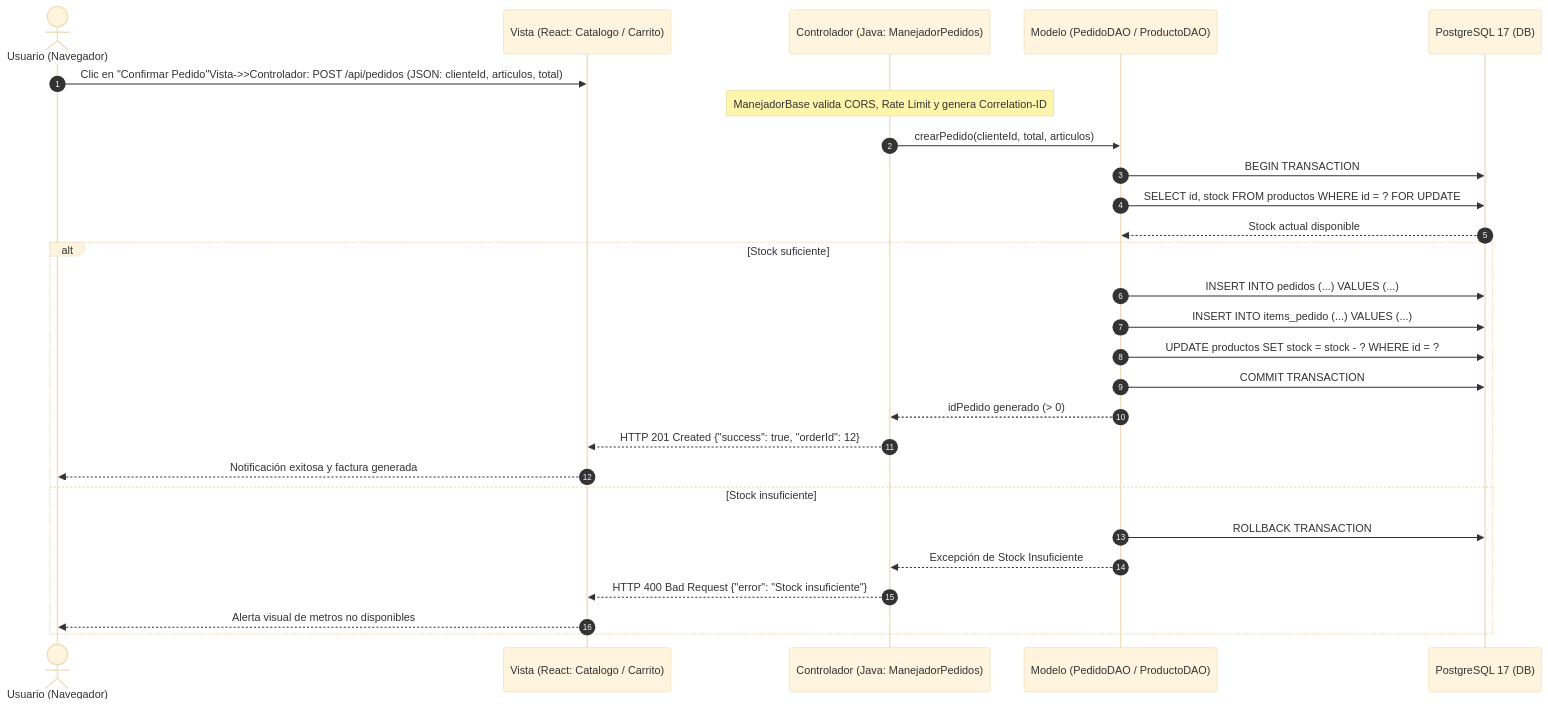
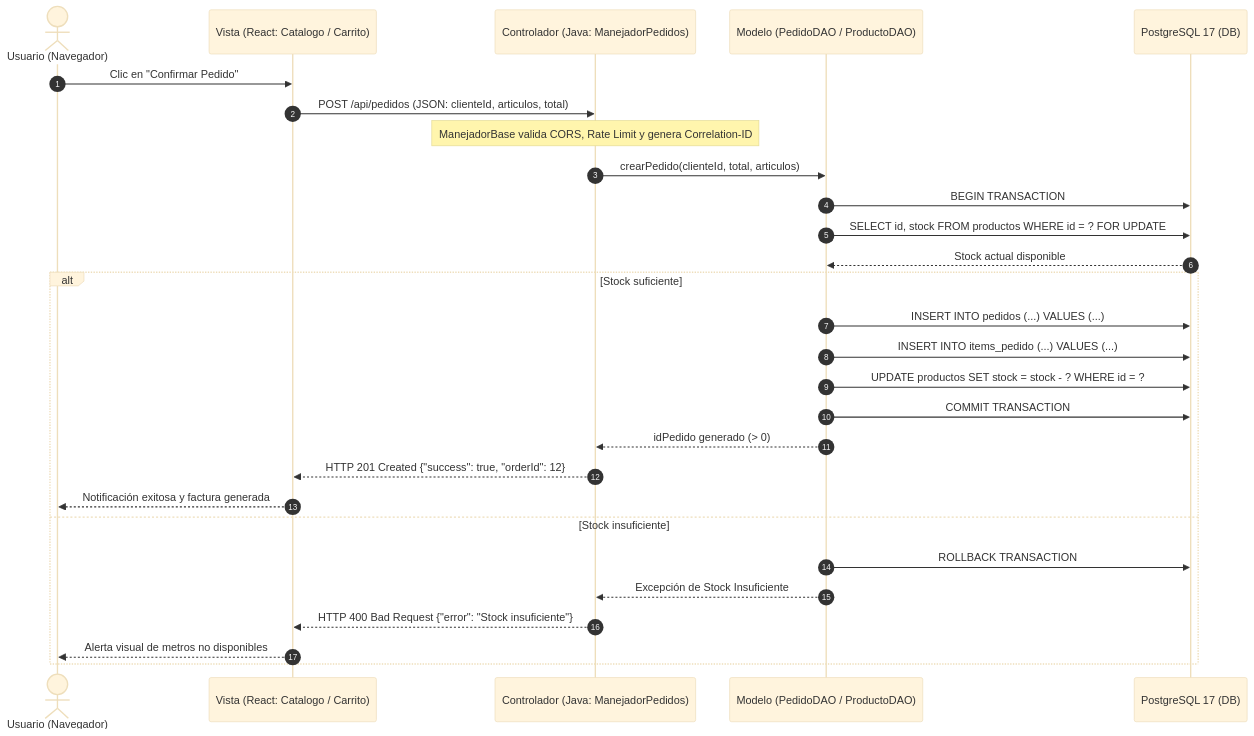
The third of 3 diagrams in documentacion/04-base-de-datos-diseno-y-esquema.md (DAVIDVLEZ-DEVELOPER/PROYECTO-SENA-TIENDA-TEXTIL), drawn with Mermaid (base theme) before and after one commit. The commit also changed other lines of this file and 9 other files, not shown here.

Commit message:
fix(diagrams): reorganizar flechas y trazado ortogonal de relaciones en modelo relacional, corregir ER y eliminar archivos residuales

````diff
--- a/documentacion/04-base-de-datos-diseno-y-esquema.md
+++ b/documentacion/04-base-de-datos-diseno-y-esquema.md
@@ -578,30 +599,31 @@
 ```mermaid
 sequenceDiagram
     autonumber
     actor Cliente as Usuario (Navegador)
     participant Vista as Vista (React: Catalogo / Carrito)
     participant Controlador as Controlador (Java: ManejadorPedidos)
     participant Modelo as Modelo (PedidoDAO / ProductoDAO)
     participant BD as PostgreSQL 17 (DB)
 
-    Cliente->>Vista: Clic en "Confirmar Pedido"Vista->>Controlador: POST /api/pedidos (JSON: clienteId, articulos, total)
+    Cliente->>Vista: Clic en "Confirmar Pedido"
+    Vista->>Controlador: POST /api/pedidos (JSON: clienteId, articulos, total)
     Note over Controlador: ManejadorBase valida CORS, Rate Limit y genera Correlation-ID
     Controlador->>Modelo: crearPedido(clienteId, total, articulos)
     Modelo->>BD: BEGIN TRANSACTION
     Modelo->>BD: SELECT id, stock FROM productos WHERE id = ? FOR UPDATE
     BD-->>Modelo: Stock actual disponible
     alt Stock suficiente
         Modelo->>BD: INSERT INTO pedidos (...) VALUES (...)
         Modelo->>BD: INSERT INTO items_pedido (...) VALUES (...)
         Modelo->>BD: UPDATE productos SET stock = stock - ? WHERE id = ?
         Modelo->>BD: COMMIT TRANSACTION
         Modelo-->>Controlador: idPedido generado (> 0)
         Controlador-->>Vista: HTTP 201 Created {"success": true, "orderId": 12}
         Vista-->>Cliente: Notificación exitosa y factura generada
     else Stock insuficiente
         Modelo->>BD: ROLLBACK TRANSACTION
         Modelo-->>Controlador: Excepción de Stock Insuficiente
         Controlador-->>Vista: HTTP 400 Bad Request {"error": "Stock insuficiente"}
         Vista-->>Cliente: Alerta visual de metros no disponibles
     end
 ```
````
